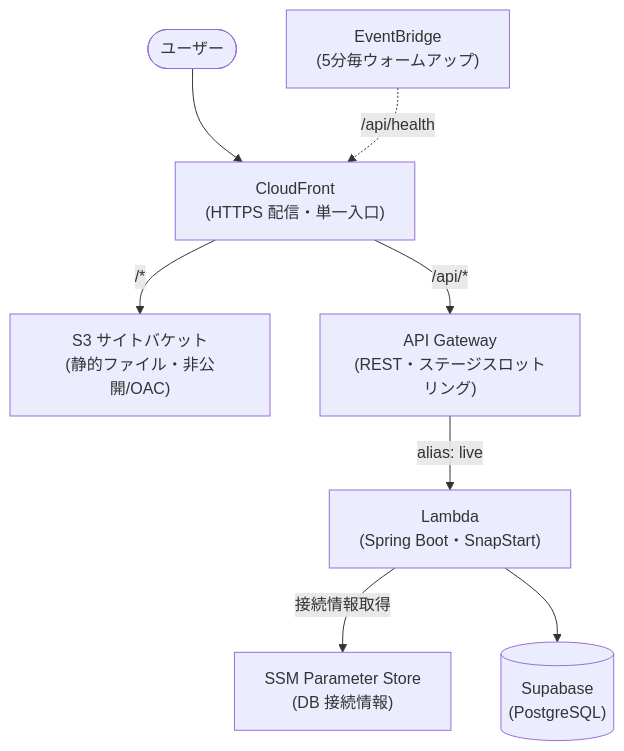
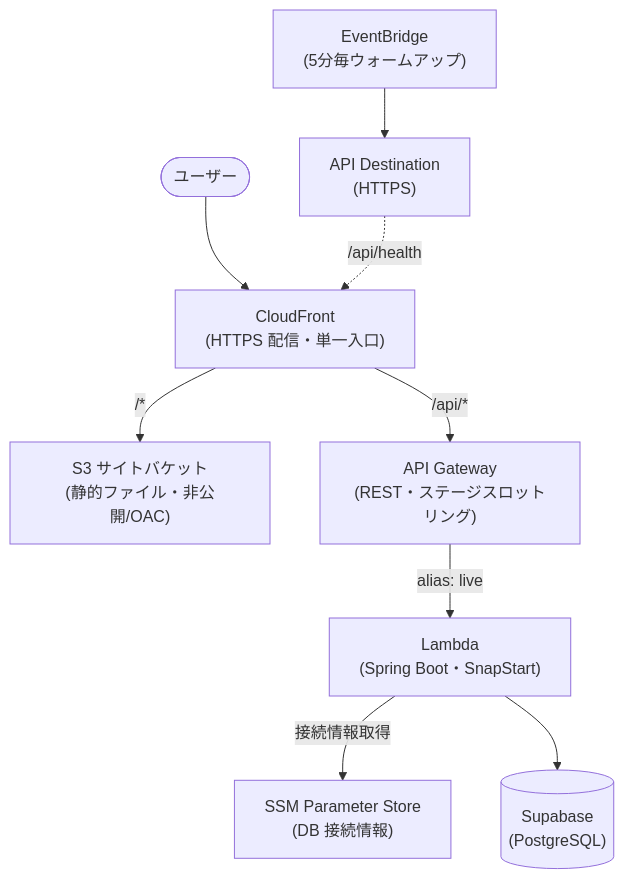
Before and after one commit to masalog/CareDocWeb: the first of 2 diagrams in architecture.md, drawn with Mermaid.

Commit message:
refactor : EventBridge と CloudFront の間に API Destination を追加

````diff
--- a/architecture.md
+++ b/architecture.md
@@ -7,10 +7,11 @@
 ```mermaid
 flowchart TD
     User([ユーザー]) --> CF["CloudFront<br/>(HTTPS 配信・単一入口)"]
-    EB["EventBridge<br/>(5分毎ウォームアップ)"] -.->|/api/health| CF
+    EB["EventBridge<br/>(5分毎ウォームアップ)"] --> APIDEST["API Destination<br/>(HTTPS)"]
+    APIDEST -.->|/api/health| CF
     CF -->|"/*"| S3["S3 サイトバケット<br/>(静的ファイル・非公開/OAC)"]
     CF -->|"/api/*"| APIGW["API Gateway<br/>(REST・ステージスロットリング)"]
     APIGW -->|alias: live| Lambda["Lambda<br/>(Spring Boot・SnapStart)"]
     Lambda -->|接続情報取得| SSM["SSM Parameter Store<br/>(DB 接続情報)"]
     Lambda --> DB[("Supabase<br/>(PostgreSQL)")]
 ```
````
